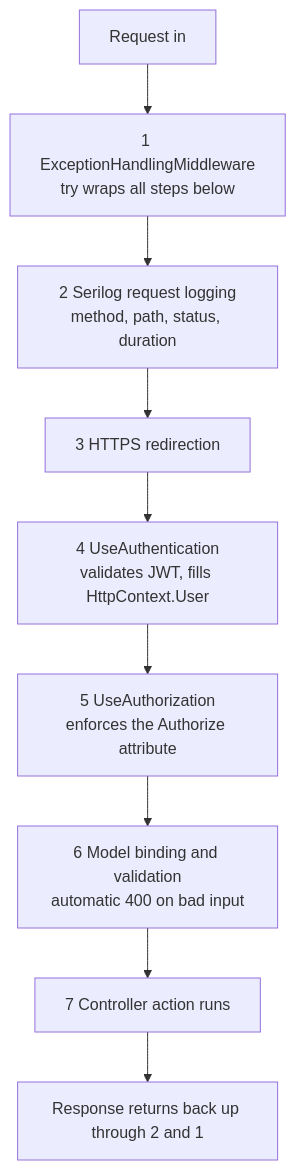
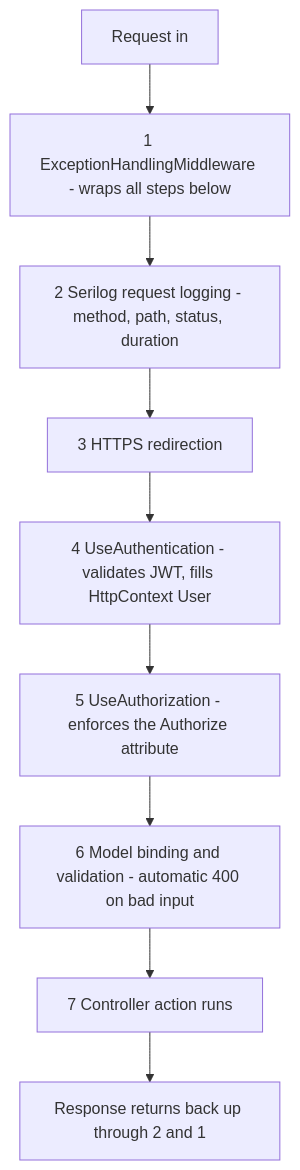
One commit to starjustice/research-material changed the second of 2 diagrams in notes/dotnet-basics-for-typescript-devs.md. Above: the diagram before and after it, drawn with Mermaid. The commit also changed 9 other files, not shown here.

Commit message:
Add cloud computing/serverless guide; simplify .NET pipeline diagram for old renderers

````diff
--- a/notes/dotnet-basics-for-typescript-devs.md
+++ b/notes/dotnet-basics-for-typescript-devs.md
@@ -353,11 +353,11 @@
 ```mermaid
 graph TD
-    A[Request in] --> B["1 ExceptionHandlingMiddleware<br/>try wraps all steps below"]
-    B --> C["2 Serilog request logging<br/>method, path, status, duration"]
+    A["Request in"] --> B["1 ExceptionHandlingMiddleware - wraps all steps below"]
+    B --> C["2 Serilog request logging - method, path, status, duration"]
     C --> D["3 HTTPS redirection"]
-    D --> E["4 UseAuthentication<br/>validates JWT, fills HttpContext.User"]
-    E --> F["5 UseAuthorization<br/>enforces the Authorize attribute"]
-    F --> G["6 Model binding and validation<br/>automatic 400 on bad input"]
+    D --> E["4 UseAuthentication - validates JWT, fills HttpContext User"]
+    E --> F["5 UseAuthorization - enforces the Authorize attribute"]
+    F --> G["6 Model binding and validation - automatic 400 on bad input"]
     G --> H["7 Controller action runs"]
-    H --> I[Response returns back up through 2 and 1]
+    H --> I["Response returns back up through 2 and 1"]
 ```
````
